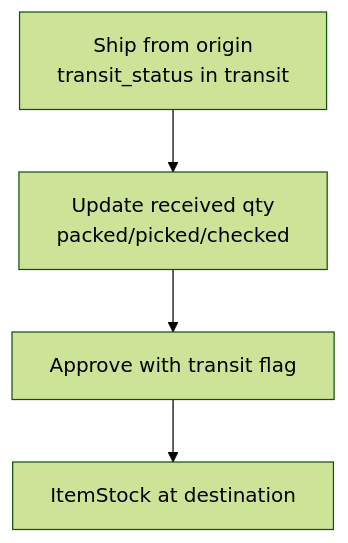
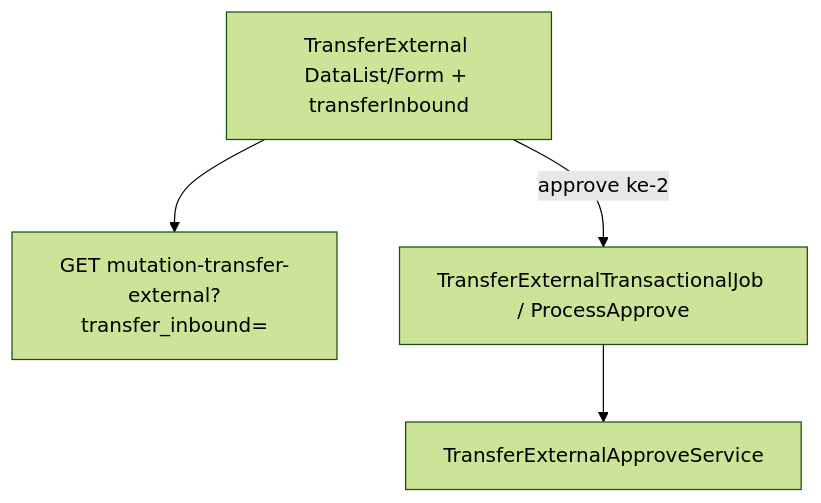
The first of 2 diagrams in qa-docs/supplychain-transfer-inbound/technical.md (yendyr/olshoperp-docs), drawn with Mermaid (forest theme) before and after one commit. The commit also changed other lines of this file and 101 other files, not shown here.

````diff
--- a/qa-docs/supplychain-transfer-inbound/technical.md
+++ b/qa-docs/supplychain-transfer-inbound/technical.md
@@ -145,9 +22,10 @@
 ```mermaid
-flowchart TD
-    SHIP["Ship from origin\ntransit_status in transit"]
-    REC["Update received qty\npacked/picked/checked"]
-    APR["Approve with transit flag"]
-    STOCK["ItemStock at destination"]
-
-    SHIP --> REC --> APR --> STOCK
+flowchart TB
+    FE["TransferExternal DataList/Form + transferInbound"]
+    API["GET mutation-transfer-external?transfer_inbound="]
+    APR["TransferExternalApproveService"]
+    JOB["TransferExternalTransactionalJob / ProcessApprove"]
+    FE --> API
+    FE -->|approve ke-2| JOB
+    JOB --> APR
 ```
````
